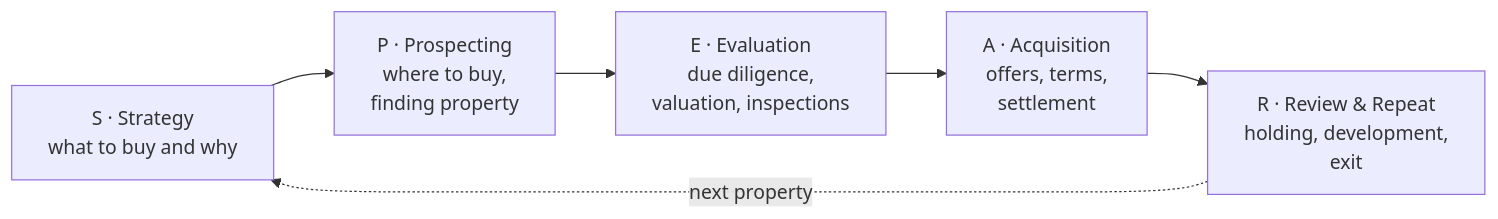
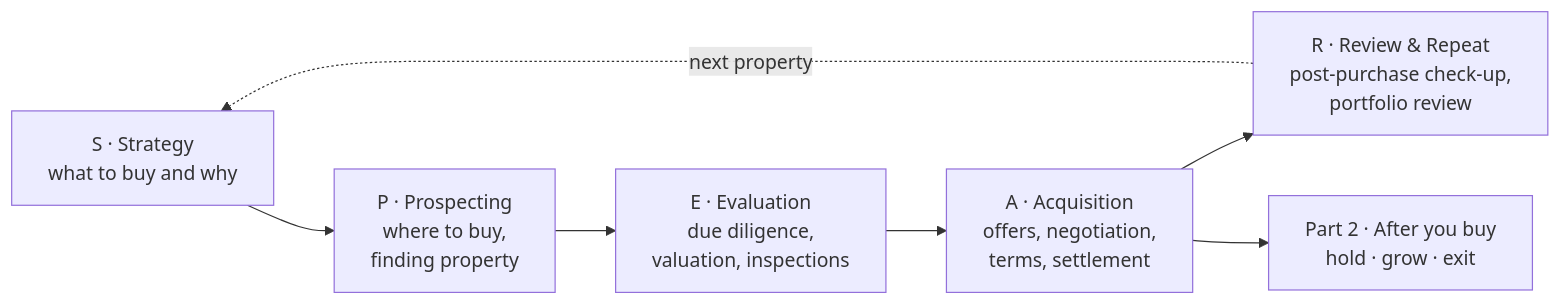
The diagram in README.en.md (theshuailuo/aus-property-skills), drawn with Mermaid before and after one commit. The commit also changed other lines of this file and 5 other files, not shown here.

First line of the commit message:
docs: SPEAR for buying, separate after-purchase part, sharper CTA

````diff
--- a/README.en.md
+++ b/README.en.md
@@ -15,8 +15,9 @@
 ```mermaid
 flowchart LR
   S["S · Strategy<br/>what to buy and why"] --> P["P · Prospecting<br/>where to buy,<br/>finding property"]
   P --> E["E · Evaluation<br/>due diligence,<br/>valuation, inspections"]
-  E --> A["A · Acquisition<br/>offers, terms,<br/>settlement"]
-  A --> R["R · Review & Repeat<br/>holding, development,<br/>exit"]
+  E --> A["A · Acquisition<br/>offers, negotiation,<br/>terms, settlement"]
+  A --> R["R · Review & Repeat<br/>post-purchase check-up,<br/>portfolio review"]
   R -. next property .-> S
+  A --> H["Part 2 · After you buy<br/>hold · grow · exit"]
 ```
````
